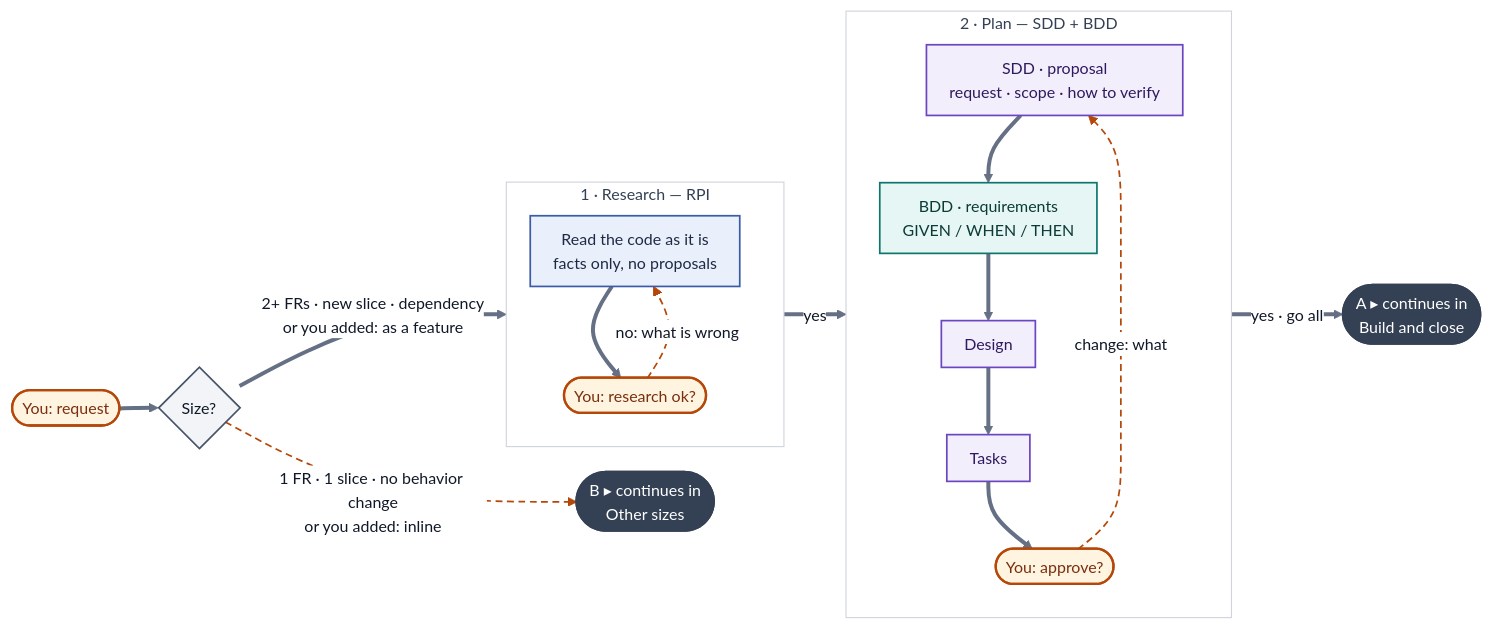
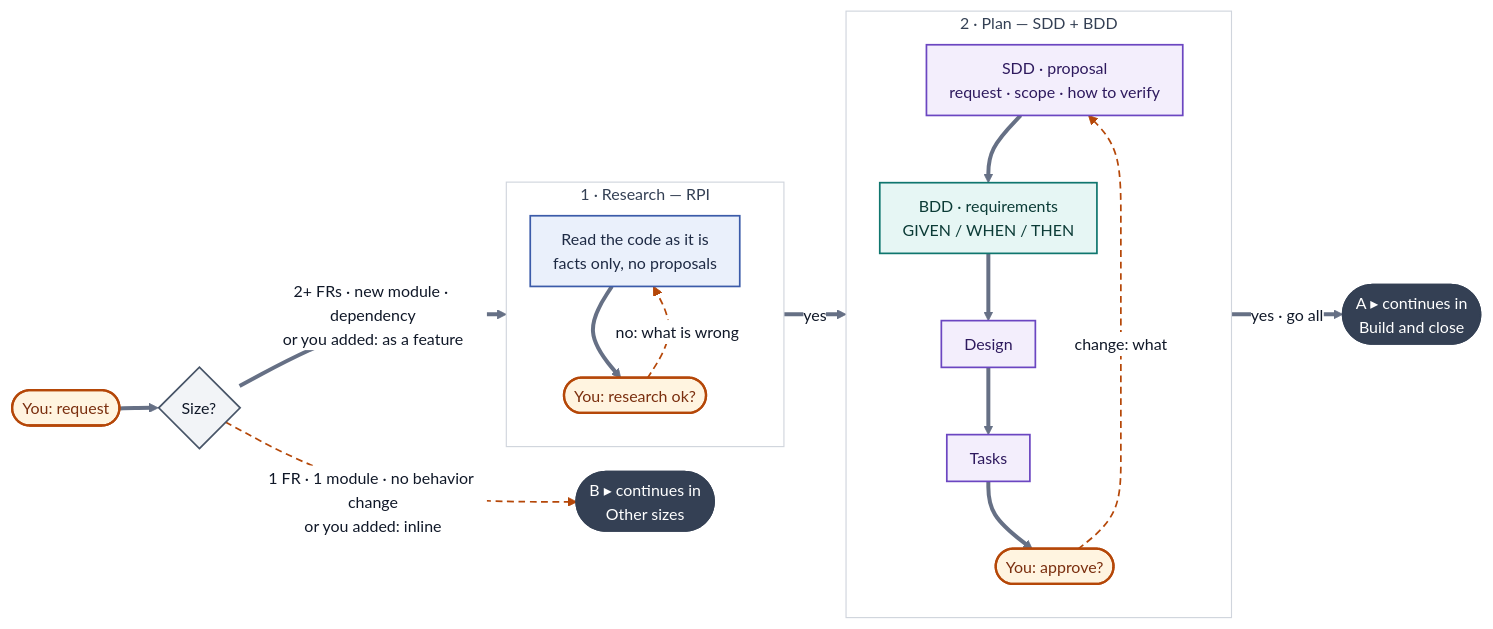
The first of 3 diagrams in README.md (stevenhdz/spec-driven-development), drawn with Mermaid before and after one commit. The commit also changed other lines of this file and 8 other files, not shown here.

Commit message:
refactor: architecture-agnostic — modules, Vertical Slice suggested

````diff
--- a/README.md
+++ b/README.md
@@ -55,40 +55,40 @@
 ```mermaid
 %%{init: {"theme": "base", "themeVariables": {"fontFamily": "-apple-system, BlinkMacSystemFont, Segoe UI, Noto Sans, Helvetica, Arial, sans-serif", "fontSize": "14px", "lineColor": "#667085", "primaryTextColor": "#101828", "clusterBkg": "#FFFFFF", "clusterBorder": "#D0D5DD", "edgeLabelBackground": "#FFFFFF", "titleColor": "#344054"}, "flowchart": {"curve": "basis", "nodeSpacing": 22, "rankSpacing": 34, "padding": 10}}}%%
 flowchart LR
     Q(["You: request"]):::human
     SZ{"Size?"}:::auto
     O(["B ▸ continues in<br>Other sizes"]):::conn
     Q ==> SZ
-    SZ ==>|"2+ FRs · new slice · dependency<br>or you added: as a feature"| R
-    SZ -.->|"1 FR · 1 slice · no behavior change<br>or you added: inline"| O
+    SZ ==>|"2+ FRs · new module · dependency<br>or you added: as a feature"| R
+    SZ -.->|"1 FR · 1 module · no behavior change<br>or you added: inline"| O
     subgraph R ["1 · Research — RPI"]
         direction TB
         RS["Read the code as it is<br>facts only, no proposals"]:::research
         RA(["You: research ok?"]):::human
         RS ==> RA
         RA -.->|"no: what is wrong"| RS
     end
     subgraph P ["2 · Plan — SDD + BDD"]
         direction TB
         S1["SDD · proposal<br>request · scope · how to verify"]:::sdd
         S2["BDD · requirements<br>GIVEN / WHEN / THEN"]:::bdd
         S3["Design"]:::sdd
         S4["Tasks"]:::sdd
         A(["You: approve?"]):::human
         S1 ==> S2 ==> S3 ==> S4 ==> A
         A -.->|"change: what"| S1
     end
     NX(["A ▸ continues in<br>Build and close"]):::conn
     R ==>|yes| P
     P ==>|"yes · go all"| NX
     classDef research fill:#EAF0FB,stroke:#3B5BA9,stroke-width:1.5px,color:#1E2A44
     classDef sdd fill:#F3EEFC,stroke:#6B46C1,stroke-width:1.5px,color:#2E1A5E
     classDef bdd fill:#E6F6F4,stroke:#0F766E,stroke-width:1.5px,color:#0B3B36
     classDef red fill:#FDECEC,stroke:#B42318,stroke-width:1.5px,color:#5C1010
     classDef green fill:#E7F6EC,stroke:#15803D,stroke-width:1.5px,color:#0B3D1E
     classDef auto fill:#F2F4F7,stroke:#475467,stroke-width:1.5px,color:#101828
     classDef human fill:#FFF4E0,stroke:#B54708,stroke-width:2px,color:#7A2E0E
     classDef note fill:#FFFFFF,stroke:#B54708,stroke-width:1px,stroke-dasharray:4 3,color:#7A2E0E
     classDef conn fill:#344054,stroke:#344054,stroke-width:1.5px,color:#FFFFFF
     linkStyle 2,4,9 stroke:#B54708,stroke-width:1.5px,stroke-dasharray:6 4
 ```
````
